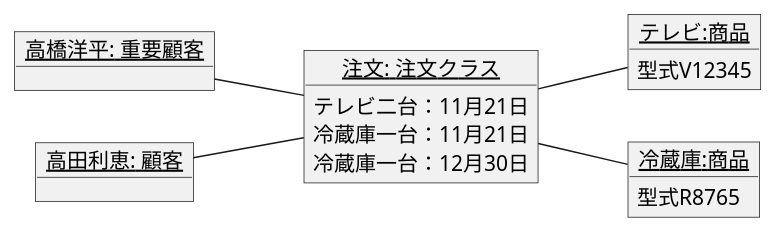
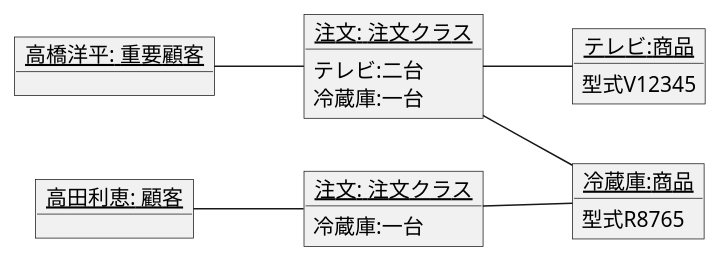
One commit to itouayumu/uml-introduction- changed the diagram in 演習3-7_OBJ_注文のオブジェクト図.pu. Above: the diagram before and after it, drawn with PlantUML.

Commit message:
修正しました

```diff
--- a/演習3-7_OBJ_注文のオブジェクト図.pu
+++ b/演習3-7_OBJ_注文のオブジェクト図.pu
@@ -1,29 +1,33 @@
 @startuml
 left to right direction
 object "<u>高橋洋平: 重要顧客</u>" as k0 {
 
 }
 
 object "<u>注文: 注文クラス</u>" as k6{
-    テレビ二台：11月21日
-    冷蔵庫一台：11月21日
-    冷蔵庫一台：12月30日
+    テレビ:二台
+    冷蔵庫:一台
+}
+object "<u>注文: 注文クラス</u>" as k7{
+ 
+    冷蔵庫:一台
 }
 object "<u>高田利恵: 顧客</u>" as k1 {
 
 }
 
 object "<u>テレビ:商品</u>" as k3{
     型式V12345   
 }
 object "<u>冷蔵庫:商品</u>" as k4{   
     型式R8765
 }
 
 
 
 k0--k6
-k1--k6
+k1--k7
 k6--k3
 k6--k4
+k7--k4
 @enduml
```
